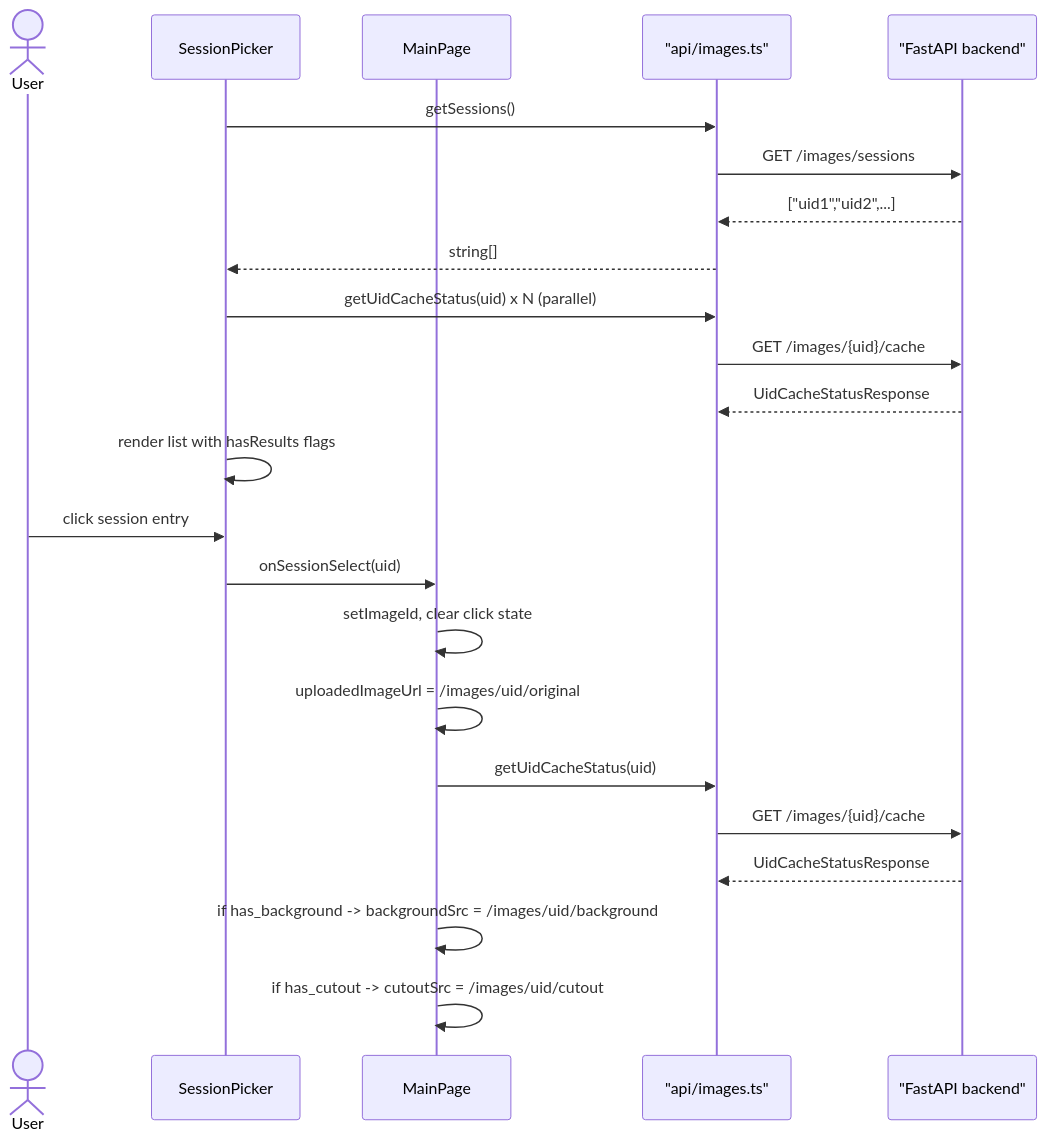
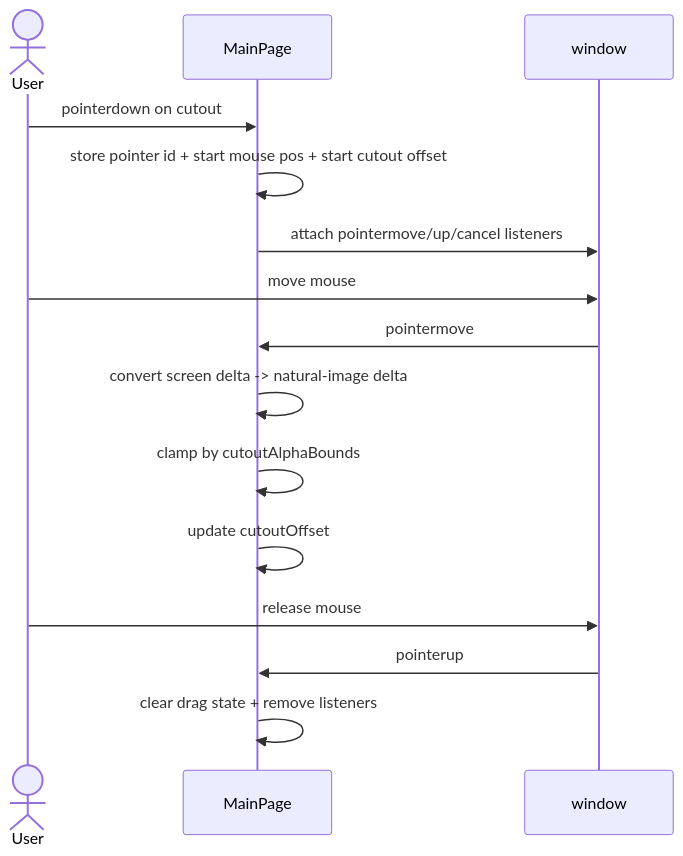
Before and after one commit to 1mache/avroom: the second of 2 diagrams in docs/frontend/user-flow.md, drawn with Mermaid. The commit also changed other lines of this file and 17 other files, not shown here.

Commit message:
Added drag and drop to cutouts. new data about the cutout is being generated in backend

````diff
--- a/docs/frontend/user-flow.md
+++ b/docs/frontend/user-flow.md
@@ -69,27 +42,20 @@
 ```mermaid
 sequenceDiagram
     actor User
-    participant SP as SessionPicker
     participant MP as MainPage
-    participant API as "api/images.ts"
-    participant Backend as "FastAPI backend"
+    participant Win as window
 
-    SP->>API: getSessions()
-    API->>Backend: GET /images/sessions
-    Backend-->>API: ["uid1","uid2",...]
-    API-->>SP: string[]
-    SP->>API: getUidCacheStatus(uid) x N (parallel)
-    API->>Backend: GET /images/{uid}/cache
-    Backend-->>API: UidCacheStatusResponse
-    SP->>SP: render list with hasResults flags
+    User->>MP: pointerdown on cutout
+    MP->>MP: store pointer id + start mouse pos + start cutout offset
+    MP->>Win: attach pointermove/up/cancel listeners
 
-    User->>SP: click session entry
-    SP->>MP: onSessionSelect(uid)
-    MP->>MP: setImageId, clear click state
-    MP->>MP: uploadedImageUrl = /images/uid/original
-    MP->>API: getUidCacheStatus(uid)
-    API->>Backend: GET /images/{uid}/cache
-    Backend-->>API: UidCacheStatusResponse
-    MP->>MP: if has_background -> backgroundSrc = /images/uid/background
-    MP->>MP: if has_cutout -> cutoutSrc = /images/uid/cutout
+    User->>Win: move mouse
+    Win->>MP: pointermove
+    MP->>MP: convert screen delta -> natural-image delta
+    MP->>MP: clamp by cutoutAlphaBounds
+    MP->>MP: update cutoutOffset
+
+    User->>Win: release mouse
+    Win->>MP: pointerup
+    MP->>MP: clear drag state + remove listeners
 ```
````
